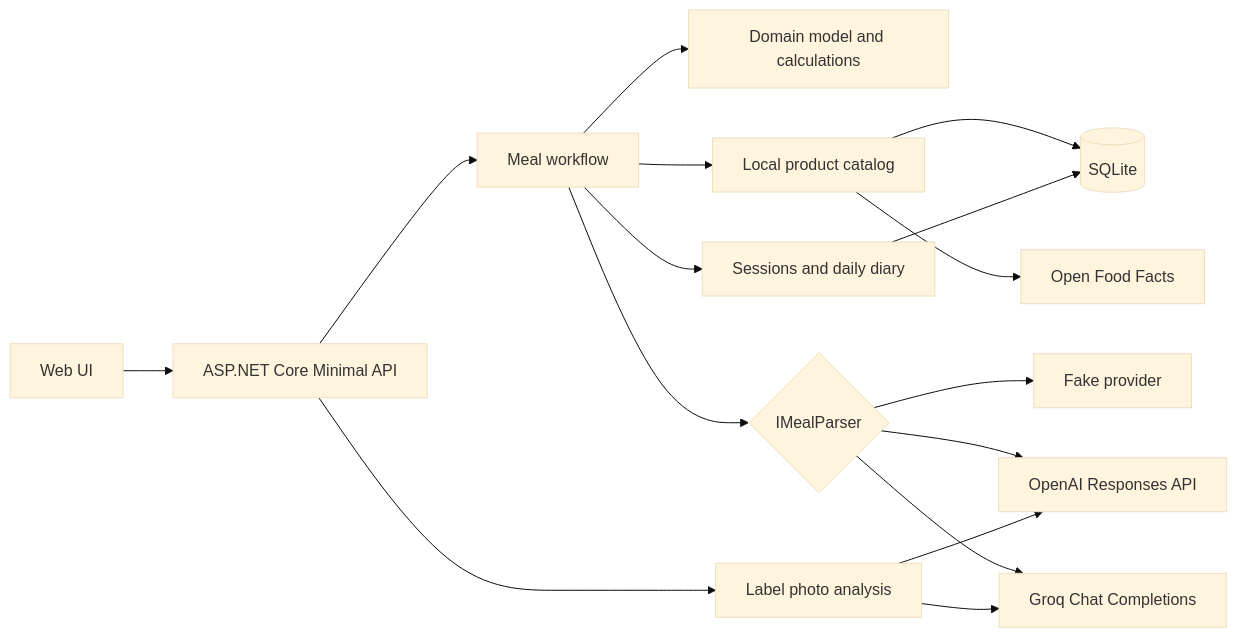
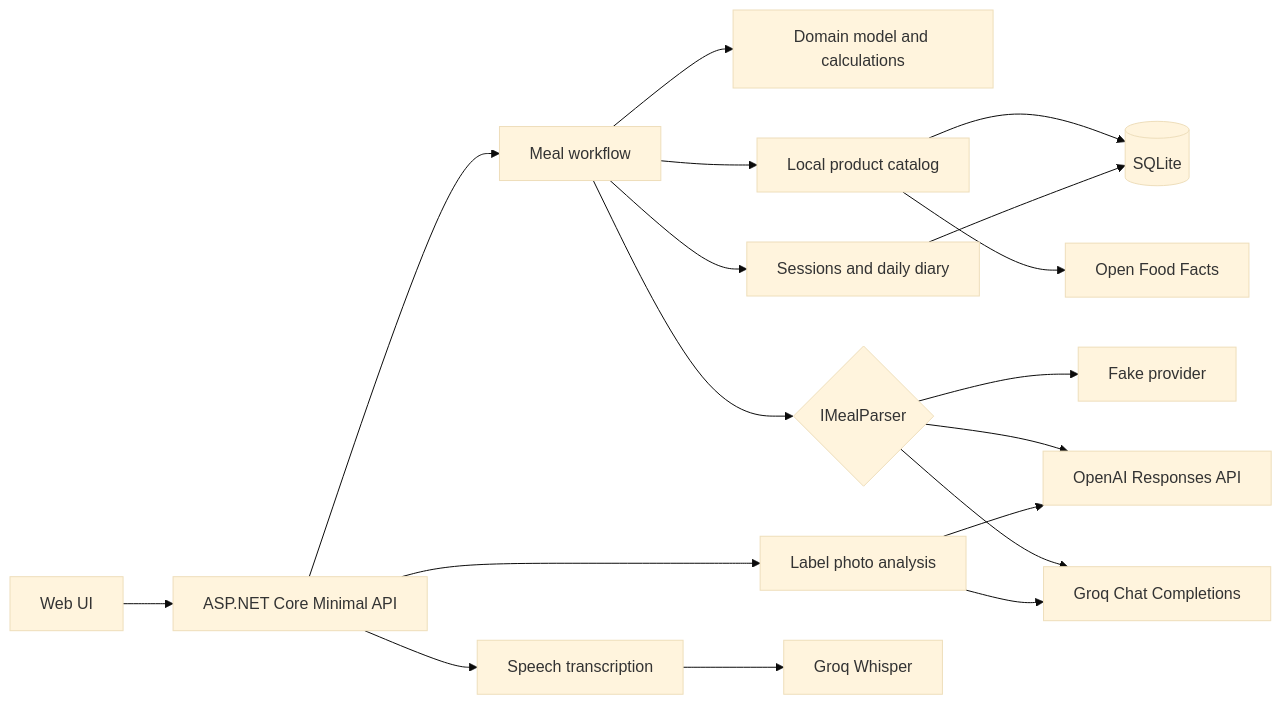
The diagram in README.md (Vvvv4a40/NutriFlow), drawn with Mermaid (base theme) before and after one commit. The commit also changed other lines of this file and 14 other files, not shown here.

Commit message:
Add Groq speech transcription endpoint

````diff
--- a/README.md
+++ b/README.md
@@ -66,18 +67,20 @@
 ```mermaid
 flowchart LR
     Browser[Web UI] --> Api[ASP.NET Core Minimal API]
     Api --> Workflow[Meal workflow]
     Workflow --> Domain[Domain model and calculations]
     Workflow --> Catalog[Local product catalog]
     Workflow --> Diary[Sessions and daily diary]
     Catalog --> SQLite[(SQLite)]
     Diary --> SQLite
     Catalog --> OFF[Open Food Facts]
     Workflow --> Parser{IMealParser}
     Parser --> Fake[Fake provider]
     Parser --> OpenAI[OpenAI Responses API]
     Parser --> Groq[Groq Chat Completions]
     Api --> Labels[Label photo analysis]
     Labels --> OpenAI
     Labels --> Groq
+    Api --> Speech[Speech transcription]
+    Speech --> Whisper[Groq Whisper]
 ```
````
